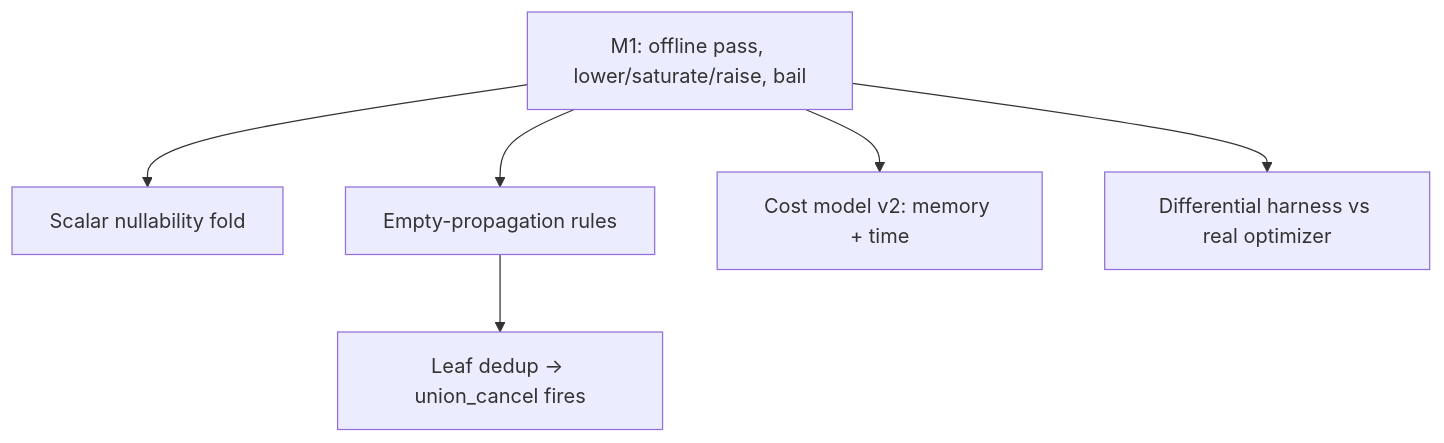
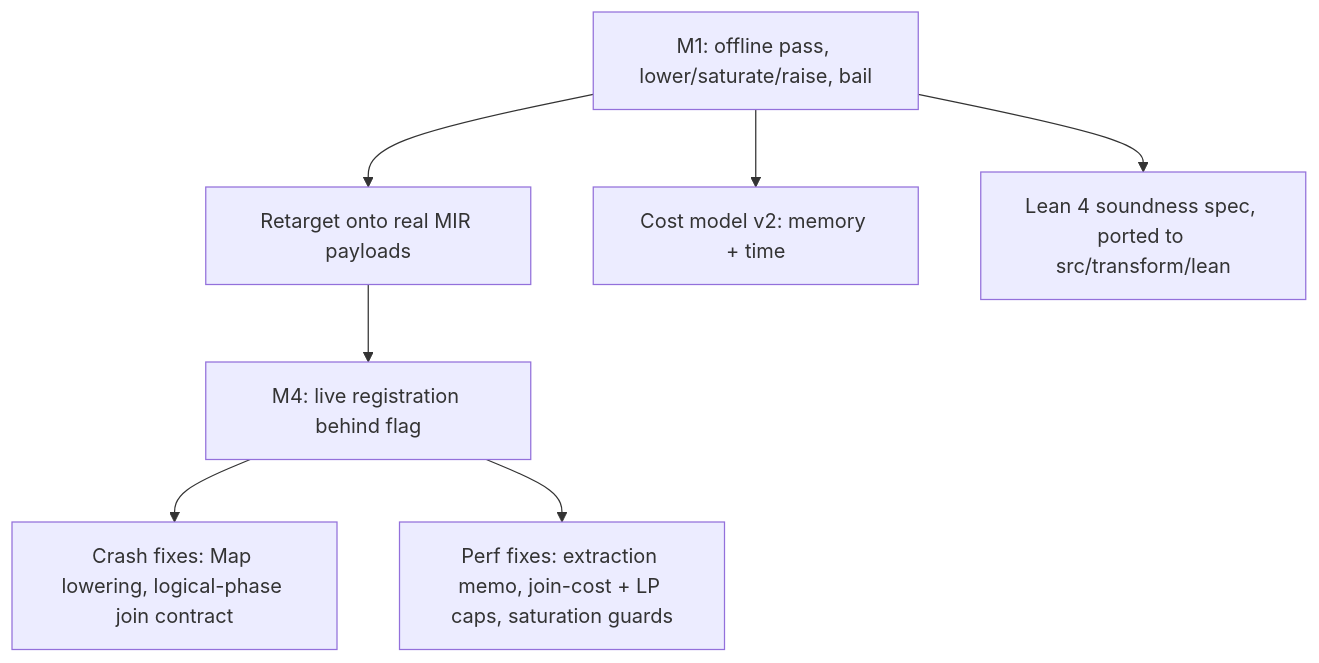
The diagram in docs/superpowers/specs/2026-06-19-mir-egraph-status.md (antiguru/materialize), drawn with Mermaid before and after one commit. The commit also changed other lines of this file and 26 other files, not shown here.

First line of the commit message:
transform: port Lean soundness spec into mz-transform, drop prototype

````diff
--- a/docs/superpowers/specs/2026-06-19-mir-egraph-status.md
+++ b/docs/superpowers/specs/2026-06-19-mir-egraph-status.md
@@ -26,8 +25,9 @@
 ```mermaid
 graph TD
-    M1[M1: offline pass, lower/saturate/raise, bail] --> Fold[Scalar nullability fold]
-    M1 --> Empty[Empty-propagation rules]
-    Empty --> Dedup[Leaf dedup -> union_cancel fires]
+    M1[M1: offline pass, lower/saturate/raise, bail] --> Retarget[Retarget onto real MIR payloads]
+    Retarget --> M4[M4: live registration behind flag]
+    M4 --> Crash[Crash fixes: Map lowering, logical-phase join contract]
+    M4 --> Perf[Perf fixes: extraction memo, join-cost + LP caps, saturation guards]
     M1 --> Cost[Cost model v2: memory + time]
-    M1 --> Harness[Differential harness vs real optimizer]
+    M1 --> Lean[Lean 4 soundness spec, ported to src/transform/lean]
 ```
````
